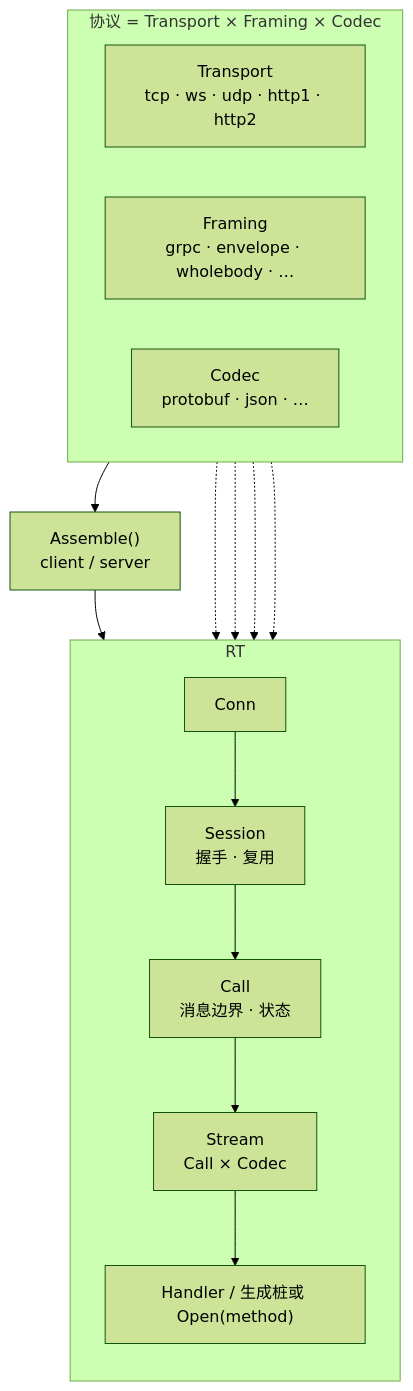
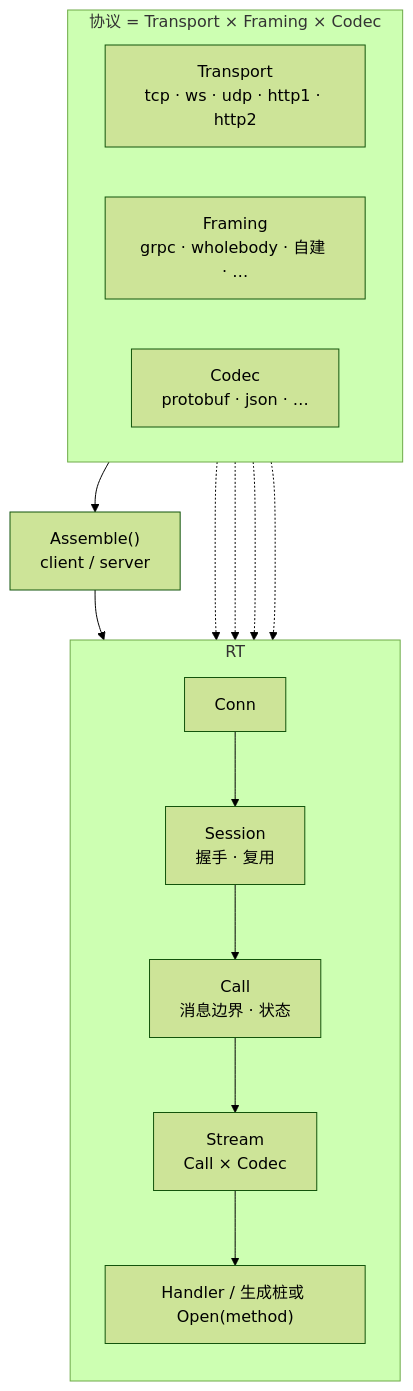
One commit to argos-io/argos changed the diagram in README.md. Above: the diagram before and after it, drawn with Mermaid (forest theme). The commit also changed other lines of this file and 42 other files, not shown here.

First line of the commit message:
Remove built-in envelope framing.

````diff
--- a/README.md
+++ b/README.md
@@ -15,27 +15,27 @@
 ```mermaid
 flowchart TB
   subgraph axes["协议 = Transport × Framing × Codec"]
     direction LR
     T["Transport<br/>tcp · ws · udp · http1 · http2"]
-    F["Framing<br/>grpc · envelope · wholebody · …"]
+    F["Framing<br/>grpc · wholebody · 自建 · …"]
     K["Codec<br/>protobuf · json · …"]
   end
 
   axes --> ASM["Assemble()<br/>client / server"]
   ASM --> RT["运行时路径（每条连接）"]
 
   subgraph RT
     direction TB
     CN["Conn"]
     SE["Session<br/>握手 · 复用"]
     CA["Call<br/>消息边界 · 状态"]
     ST["Stream<br/>Call × Codec"]
     APP["Handler / 生成桩或 Open(method)"]
     CN --> SE --> CA --> ST --> APP
   end
 
   T -.-> CN
   F -.-> SE
   F -.-> CA
   K -.-> ST
 ```
````
